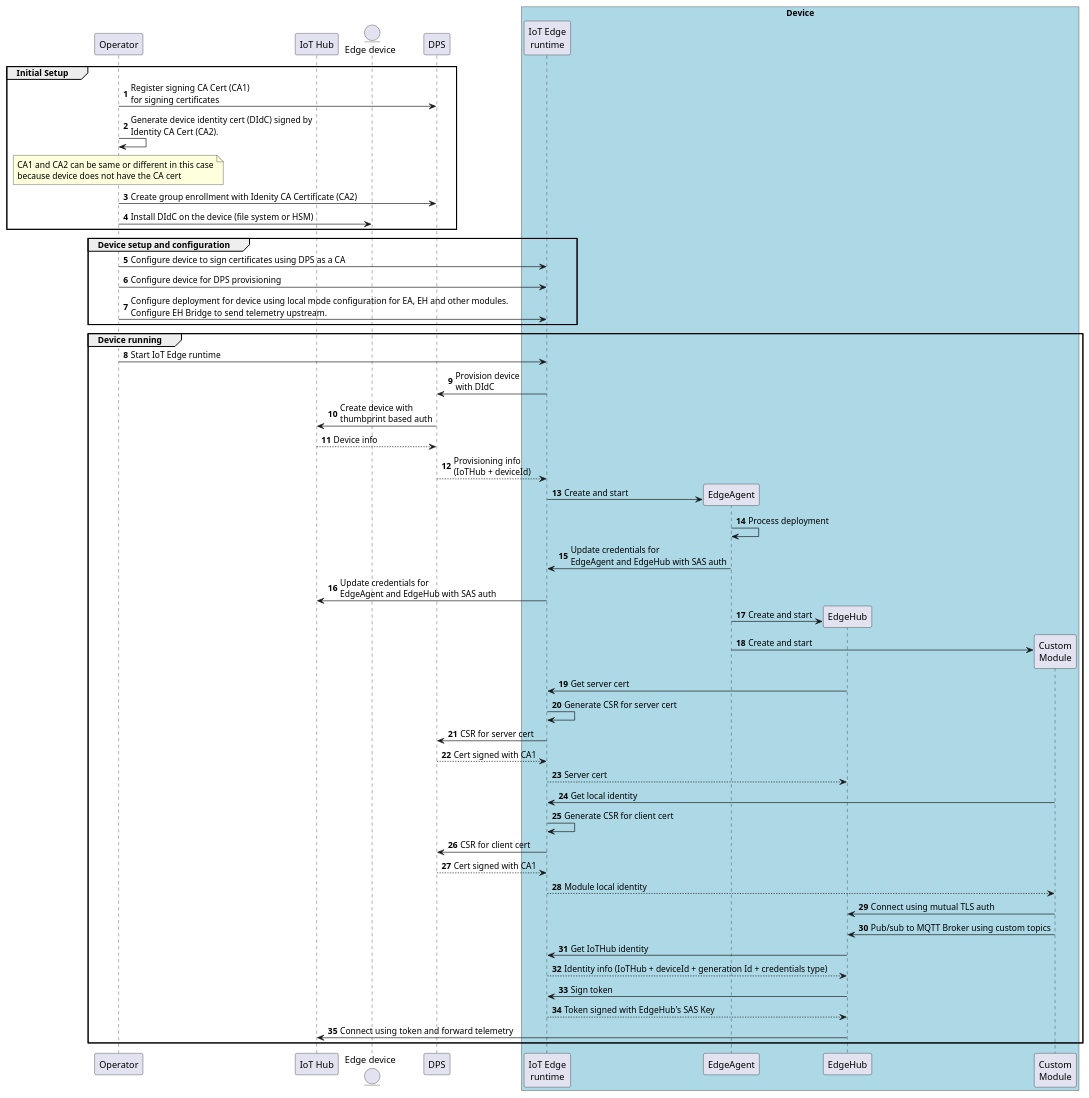
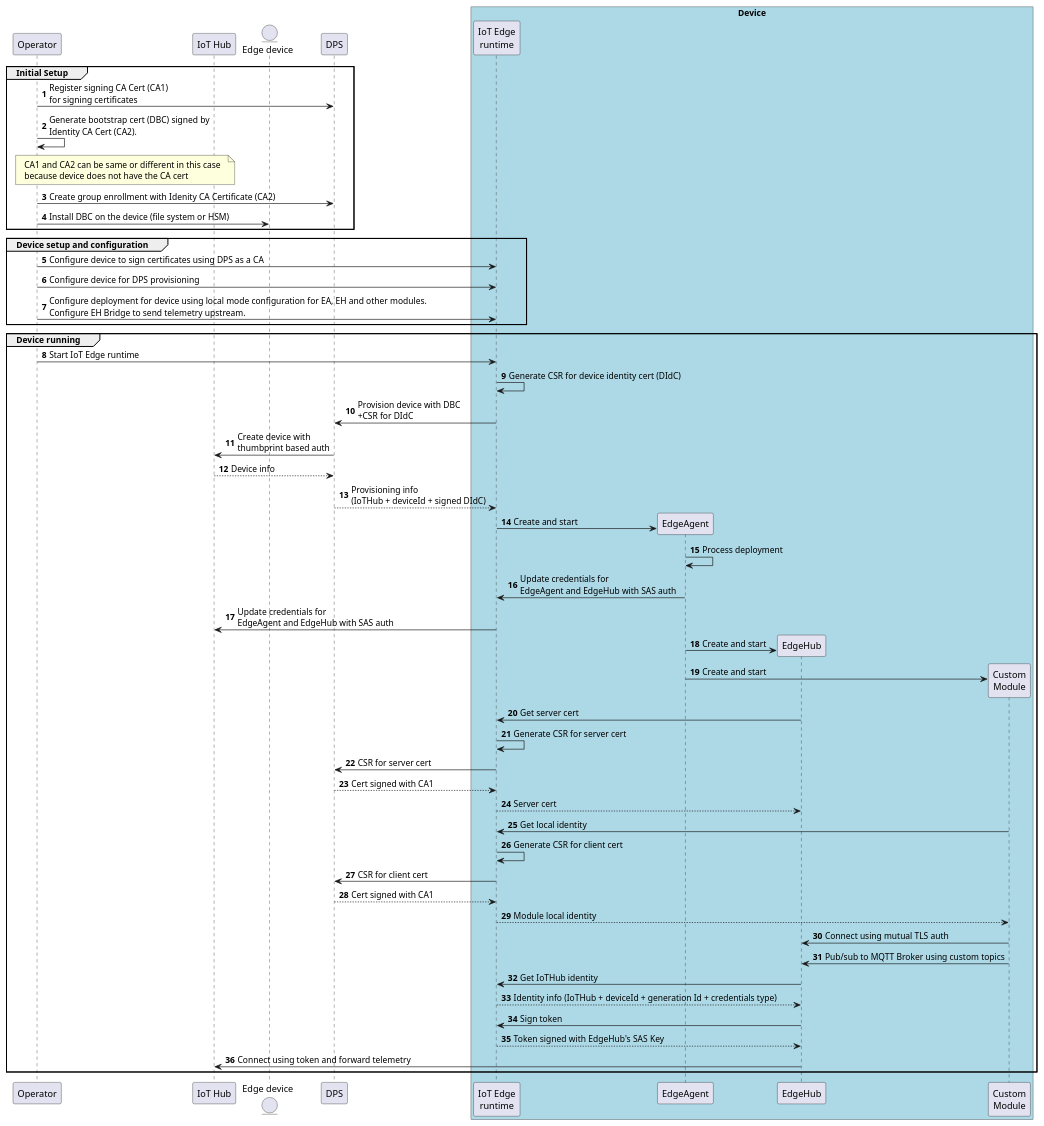
One commit to varunpuranik/edgev2 changed the diagram in plantuml/device-init-dps-ca-online.plantuml. Above: the diagram before and after it, drawn with PlantUML. The commit also changed 3 other files, not shown here.

Commit message:
Change DPS to use Bootstrap Cert

```diff
--- a/plantuml/device-init-dps-ca-online.plantuml
+++ b/plantuml/device-init-dps-ca-online.plantuml
@@ -1,66 +1,67 @@
 @startuml
 participant "Operator" as oem
 participant "IoT Hub" as ih
 entity "Edge device" as device
 participant "DPS" as dps
 
 box "Device" #LightBlue 
 participant "IoT Edge\nruntime" as ie
 participant "EdgeAgent" as ea
 participant "EdgeHub" as eh
 participant "Custom\nModule" as cm
 end box 
 
 autonumber 
 
 group Initial Setup 
 oem->dps : Register signing CA Cert (CA1)\nfor signing certificates
-oem->oem : Generate device identity cert (DIdC) signed by\nIdentity CA Cert (CA2).
-note over oem: CA1 and CA2 can be same or different in this case\nbecause device does not have the CA cert
+oem->oem : Generate bootstrap cert (DBC) signed by\nIdentity CA Cert (CA2).
+note over oem,ih: CA1 and CA2 can be same or different in this case\nbecause device does not have the CA cert
 oem->dps : Create group enrollment with Idenity CA Certificate (CA2) 
-oem->device : Install DIdC on the device (file system or HSM) 
+oem->device : Install DBC on the device (file system or HSM) 
 end
 
 group Device setup and configuration
 oem->ie : Configure device to sign certificates using DPS as a CA
 oem->ie : Configure device for DPS provisioning
 oem->ie : Configure deployment for device using local mode configuration for EA, EH and other modules.\nConfigure EH Bridge to send telemetry upstream.
 end
 
 group Device running
 oem -> ie : Start IoT Edge runtime
-ie -> dps : Provision device\nwith DIdC
+ie -> ie : Generate CSR for device identity cert (DIdC)
+ie -> dps : Provision device with DBC\n+CSR for DIdC
 dps -> ih : Create device with\nthumbprint based auth
 ih --> dps : Device info
-dps --> ie : Provisioning info\n(IoTHub + deviceId)
+dps --> ie : Provisioning info\n(IoTHub + deviceId + signed DIdC)
 
 ie -> ea ** : Create and start
 ea -> ea : Process deployment
 ea -> ie : Update credentials for\nEdgeAgent and EdgeHub with SAS auth
 ie -> ih : Update credentials for\nEdgeAgent and EdgeHub with SAS auth
 
 ea -> eh ** : Create and start
 ea -> cm ** : Create and start
 
 eh -> ie : Get server cert
 ie -> ie : Generate CSR for server cert
 ie -> dps : CSR for server cert 
 dps --> ie : Cert signed with CA1
 ie --> eh : Server cert
 
 cm -> ie : Get local identity
 ie -> ie : Generate CSR for client cert
 ie -> dps : CSR for client cert
 dps --> ie : Cert signed with CA1
 ie --> cm : Module local identity
 
 cm -> eh : Connect using mutual TLS auth
 cm -> eh : Pub/sub to MQTT Broker using custom topics
 
 eh -> ie : Get IoTHub identity
 ie --> eh : Identity info (IoTHub + deviceId + generation Id + credentials type)
 eh -> ie : Sign token 
 ie --> eh : Token signed with EdgeHub's SAS Key
 eh -> ih : Connect using token and forward telemetry
 end
 @enduml
```
